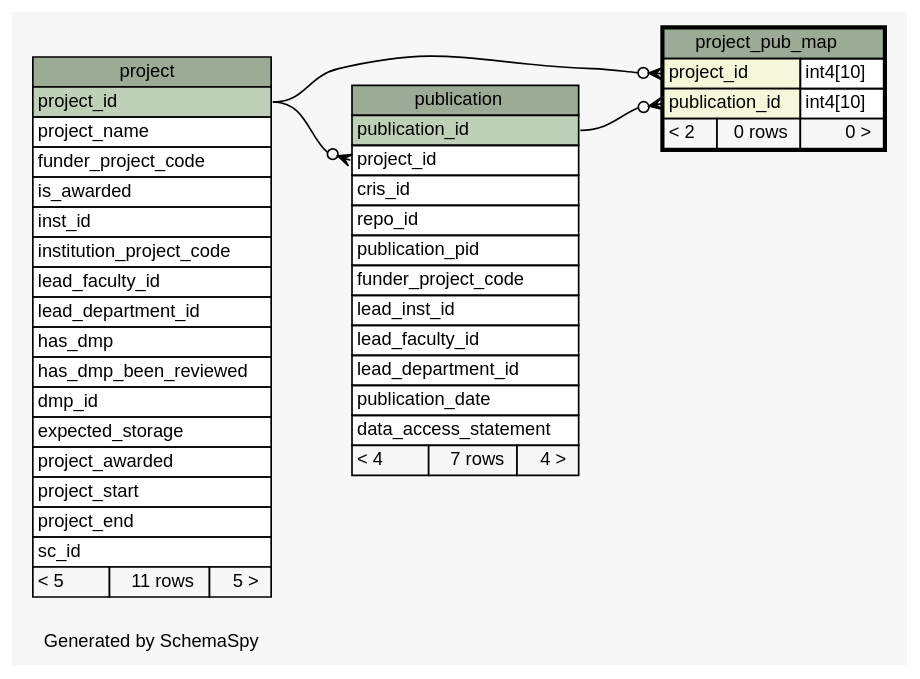
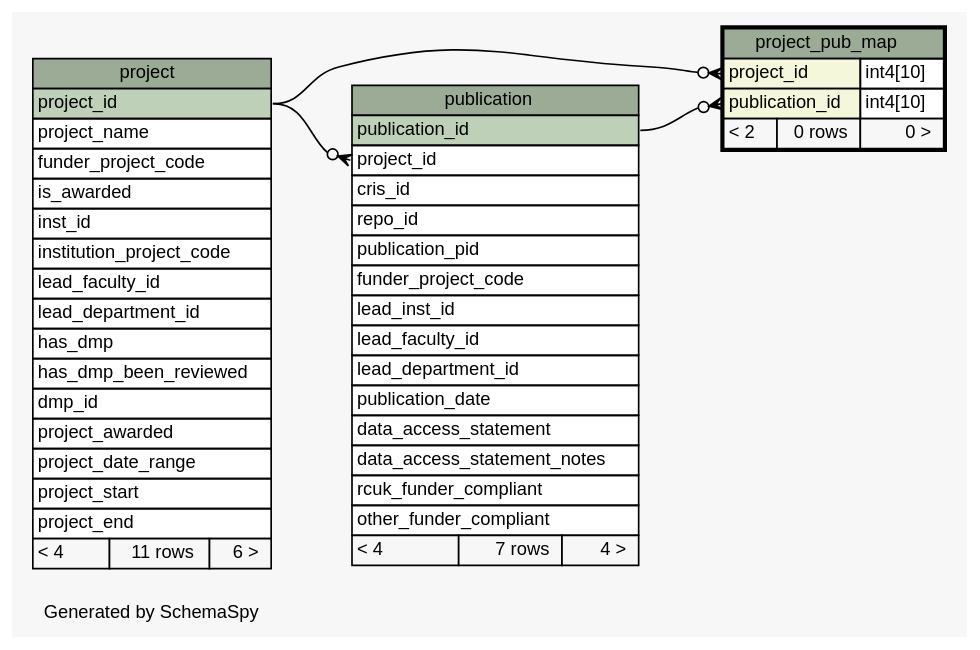
One commit to lulibrary/dmao_infrastructure changed the diagram in ss.out/diagrams/project_pub_map.1degree.dot. Above: the diagram before and after it, drawn with Graphviz. The commit also changed 121 other files, not shown here.

First line of the commit message:
dmao_infrastructure-3 Changes to support multiple storage platforms per project and costing changes over time. Now looking at the API interface to all this. Work in progress.

```diff
--- a/ss.out/diagrams/project_pub_map.1degree.dot
+++ b/ss.out/diagrams/project_pub_map.1degree.dot
@@ -1,81 +1,83 @@
-// dot 2.36.0 on Linux 3.13.0-55-generic
+// dot 2.36.0 on Linux 3.13.0-62-generic
 // SchemaSpy rev 590
 digraph "oneDegreeRelationshipsDiagram" {
   graph [
     rankdir="RL"
     bgcolor="#f7f7f7"
     label="\nGenerated by SchemaSpy"
     labeljust="l"
     nodesep="0.18"
     ranksep="0.46"
     fontname="Helvetica"
     fontsize="11"
   ];
   node [
     fontname="Helvetica"
     fontsize="11"
     shape="plaintext"
   ];
   edge [
     arrowsize="0.8"
   ];
   "project_pub_map":"project_id":w -> "project":"project_id":e [arrowhead=none dir=back arrowtail=crowodot];
   "project_pub_map":"publication_id":w -> "publication":"publication_id":e [arrowhead=none dir=back arrowtail=crowodot];
   "publication":"project_id":w -> "project":"project_id":e [arrowhead=none dir=back arrowtail=crowodot];
   "project" [
     label=<
     <TABLE BORDER="0" CELLBORDER="1" CELLSPACING="0" BGCOLOR="#ffffff">
       <TR><TD COLSPAN="3" BGCOLOR="#9bab96" ALIGN="CENTER">project</TD></TR>
       <TR><TD PORT="project_id" COLSPAN="3" BGCOLOR="#bed1b8" ALIGN="LEFT">project_id</TD></TR>
       <TR><TD PORT="project_name" COLSPAN="3" ALIGN="LEFT">project_name</TD></TR>
       <TR><TD PORT="funder_project_code" COLSPAN="3" ALIGN="LEFT">funder_project_code</TD></TR>
       <TR><TD PORT="is_awarded" COLSPAN="3" ALIGN="LEFT">is_awarded</TD></TR>
       <TR><TD PORT="inst_id" COLSPAN="3" ALIGN="LEFT">inst_id</TD></TR>
       <TR><TD PORT="institution_project_code" COLSPAN="3" ALIGN="LEFT">institution_project_code</TD></TR>
       <TR><TD PORT="lead_faculty_id" COLSPAN="3" ALIGN="LEFT">lead_faculty_id</TD></TR>
       <TR><TD PORT="lead_department_id" COLSPAN="3" ALIGN="LEFT">lead_department_id</TD></TR>
       <TR><TD PORT="has_dmp" COLSPAN="3" ALIGN="LEFT">has_dmp</TD></TR>
       <TR><TD PORT="has_dmp_been_reviewed" COLSPAN="3" ALIGN="LEFT">has_dmp_been_reviewed</TD></TR>
       <TR><TD PORT="dmp_id" COLSPAN="3" ALIGN="LEFT">dmp_id</TD></TR>
-      <TR><TD PORT="expected_storage" COLSPAN="3" ALIGN="LEFT">expected_storage</TD></TR>
       <TR><TD PORT="project_awarded" COLSPAN="3" ALIGN="LEFT">project_awarded</TD></TR>
+      <TR><TD PORT="project_date_range" COLSPAN="3" ALIGN="LEFT">project_date_range</TD></TR>
       <TR><TD PORT="project_start" COLSPAN="3" ALIGN="LEFT">project_start</TD></TR>
       <TR><TD PORT="project_end" COLSPAN="3" ALIGN="LEFT">project_end</TD></TR>
-      <TR><TD PORT="sc_id" COLSPAN="3" ALIGN="LEFT">sc_id</TD></TR>
-      <TR><TD ALIGN="LEFT" BGCOLOR="#f7f7f7">&lt; 5</TD><TD ALIGN="RIGHT" BGCOLOR="#f7f7f7">11 rows</TD><TD ALIGN="RIGHT" BGCOLOR="#f7f7f7">5 &gt;</TD></TR>
+      <TR><TD ALIGN="LEFT" BGCOLOR="#f7f7f7">&lt; 4</TD><TD ALIGN="RIGHT" BGCOLOR="#f7f7f7">11 rows</TD><TD ALIGN="RIGHT" BGCOLOR="#f7f7f7">6 &gt;</TD></TR>
     </TABLE>>
     URL="project.html"
     tooltip="project"
   ];
   "project_pub_map" [
     label=<
     <TABLE BORDER="2" CELLBORDER="1" CELLSPACING="0" BGCOLOR="#ffffff">
       <TR><TD COLSPAN="3" BGCOLOR="#9bab96" ALIGN="CENTER">project_pub_map</TD></TR>
       <TR><TD PORT="project_id" COLSPAN="2" BGCOLOR="#f4f7da" ALIGN="LEFT">project_id</TD><TD PORT="project_id.type" ALIGN="LEFT">int4[10]</TD></TR>
       <TR><TD PORT="publication_id" COLSPAN="2" BGCOLOR="#f4f7da" ALIGN="LEFT">publication_id</TD><TD PORT="publication_id.type" ALIGN="LEFT">int4[10]</TD></TR>
       <TR><TD ALIGN="LEFT" BGCOLOR="#f7f7f7">&lt; 2</TD><TD ALIGN="RIGHT" BGCOLOR="#f7f7f7">0 rows</TD><TD ALIGN="RIGHT" BGCOLOR="#f7f7f7">0 &gt;</TD></TR>
     </TABLE>>
     URL="project_pub_map.html"
     tooltip="project_pub_map"
   ];
   "publication" [
     label=<
     <TABLE BORDER="0" CELLBORDER="1" CELLSPACING="0" BGCOLOR="#ffffff">
       <TR><TD COLSPAN="3" BGCOLOR="#9bab96" ALIGN="CENTER">publication</TD></TR>
       <TR><TD PORT="publication_id" COLSPAN="3" BGCOLOR="#bed1b8" ALIGN="LEFT">publication_id</TD></TR>
       <TR><TD PORT="project_id" COLSPAN="3" ALIGN="LEFT">project_id</TD></TR>
       <TR><TD PORT="cris_id" COLSPAN="3" ALIGN="LEFT">cris_id</TD></TR>
       <TR><TD PORT="repo_id" COLSPAN="3" ALIGN="LEFT">repo_id</TD></TR>
       <TR><TD PORT="publication_pid" COLSPAN="3" ALIGN="LEFT">publication_pid</TD></TR>
       <TR><TD PORT="funder_project_code" COLSPAN="3" ALIGN="LEFT">funder_project_code</TD></TR>
       <TR><TD PORT="lead_inst_id" COLSPAN="3" ALIGN="LEFT">lead_inst_id</TD></TR>
       <TR><TD PORT="lead_faculty_id" COLSPAN="3" ALIGN="LEFT">lead_faculty_id</TD></TR>
       <TR><TD PORT="lead_department_id" COLSPAN="3" ALIGN="LEFT">lead_department_id</TD></TR>
       <TR><TD PORT="publication_date" COLSPAN="3" ALIGN="LEFT">publication_date</TD></TR>
       <TR><TD PORT="data_access_statement" COLSPAN="3" ALIGN="LEFT">data_access_statement</TD></TR>
+      <TR><TD PORT="data_access_statement_notes" COLSPAN="3" ALIGN="LEFT">data_access_statement_notes</TD></TR>
+      <TR><TD PORT="rcuk_funder_compliant" COLSPAN="3" ALIGN="LEFT">rcuk_funder_compliant</TD></TR>
+      <TR><TD PORT="other_funder_compliant" COLSPAN="3" ALIGN="LEFT">other_funder_compliant</TD></TR>
       <TR><TD ALIGN="LEFT" BGCOLOR="#f7f7f7">&lt; 4</TD><TD ALIGN="RIGHT" BGCOLOR="#f7f7f7">7 rows</TD><TD ALIGN="RIGHT" BGCOLOR="#f7f7f7">4 &gt;</TD></TR>
     </TABLE>>
     URL="publication.html"
     tooltip="publication"
   ];
 }
```
